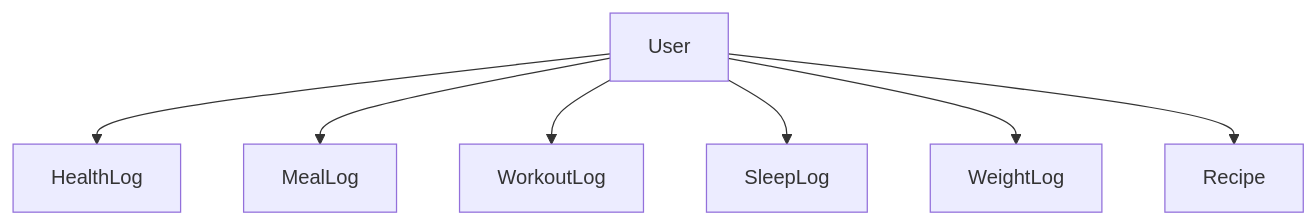
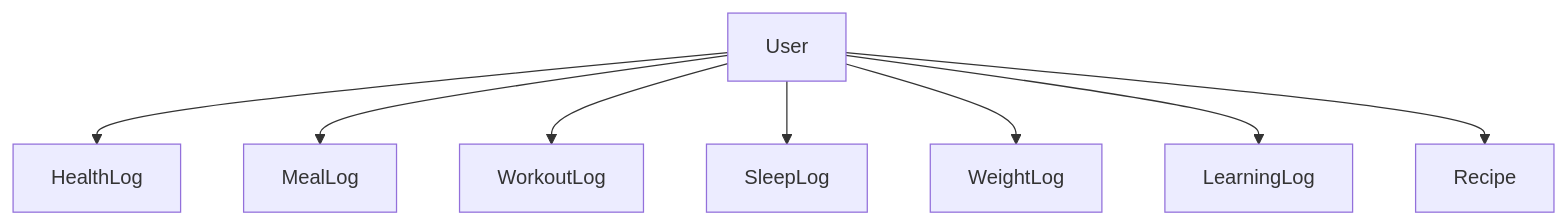
One commit to shim369/Python-Smart-Health-Intelligence-Platform changed the sixth of 18 diagrams in docs/architecture.md. Above: the diagram before and after it, drawn with Mermaid. The commit also changed other lines of this file and 3 other files, not shown here.

First line of the commit message:
docs: sync architecture/database/requirements docs and README with learning log and recipe nutrition schema

````diff
--- a/docs/architecture.md
+++ b/docs/architecture.md
@@ -259,10 +261,11 @@
 ```mermaid
 flowchart TD
     User[User]
     User --> HealthLog
     User --> MealLog
     User --> WorkoutLog
     User --> SleepLog
     User --> WeightLog
+    User --> LearningLog
     User --> Recipe
 ```
````
